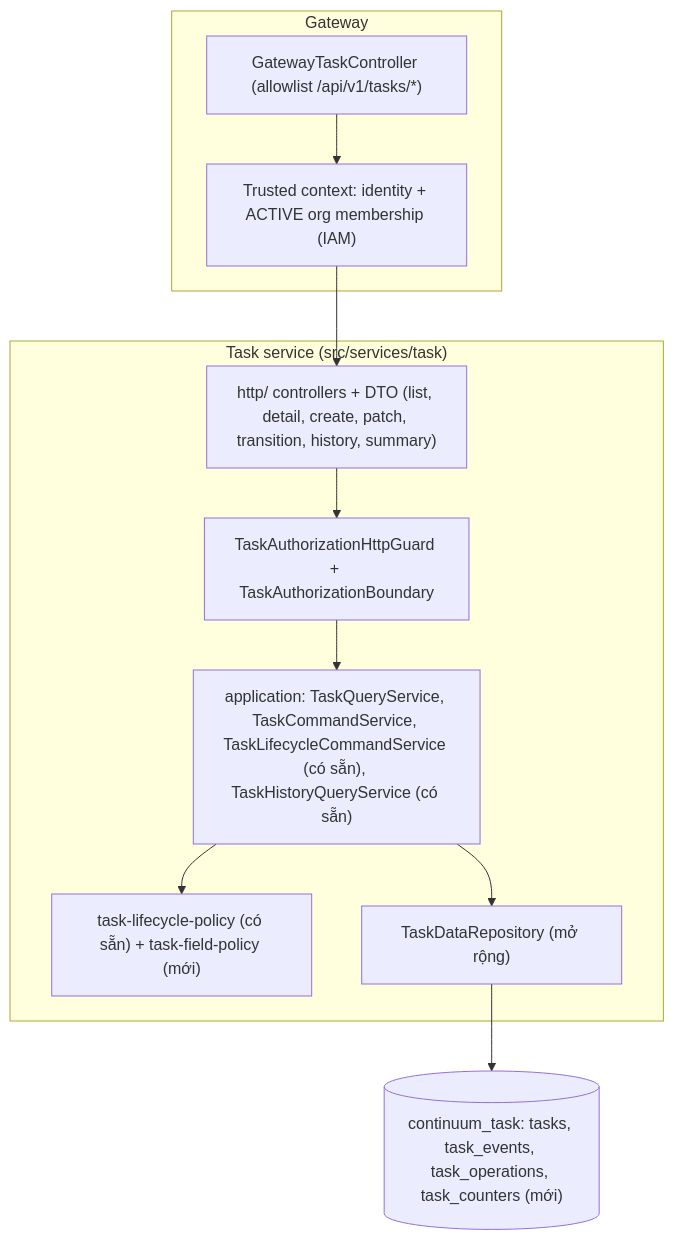
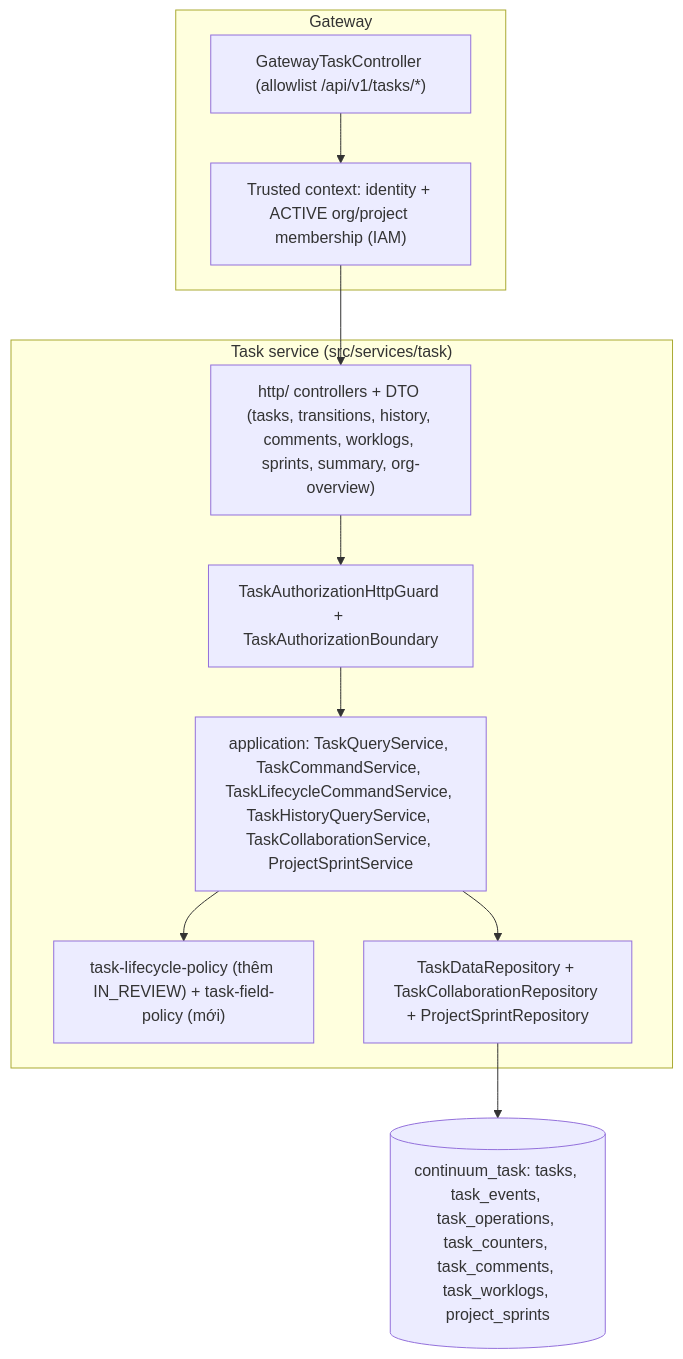
One commit to DATN-SPRING2027/DATN-BE changed the second of 2 diagrams in docs/workspace/05-backend-architecture.md. Above: the diagram before and after it, drawn with Mermaid. The commit also changed other lines of this file and 6 other files, not shown here.

Commit message:
docs(workspace): incorporate confirmed product & architecture decisions (G1, G4, G6, G7, G8, G10)

````diff
--- a/docs/workspace/05-backend-architecture.md
+++ b/docs/workspace/05-backend-architecture.md
@@ -51,18 +51,18 @@
 ```mermaid
 flowchart TB
   subgraph Gateway
     GTC["GatewayTaskController (allowlist /api/v1/tasks/*)"]
-    CTX["Trusted context: identity + ACTIVE org membership (IAM)"]
+    CTX["Trusted context: identity + ACTIVE org/project membership (IAM)"]
   end
   subgraph TaskService["Task service (src/services/task)"]
-    HTTP["http/ controllers + DTO (list, detail, create, patch, transition, history, summary)"]
+    HTTP["http/ controllers + DTO (tasks, transitions, history, comments, worklogs, sprints, summary, org-overview)"]
     GUARD["TaskAuthorizationHttpGuard + TaskAuthorizationBoundary"]
-    APP["application: TaskQueryService, TaskCommandService, TaskLifecycleCommandService (có sẵn), TaskHistoryQueryService (có sẵn)"]
-    POLICY["task-lifecycle-policy (có sẵn) + task-field-policy (mới)"]
-    REPO["TaskDataRepository (mở rộng)"]
+    APP["application: TaskQueryService, TaskCommandService, TaskLifecycleCommandService, TaskHistoryQueryService, TaskCollaborationService, ProjectSprintService"]
+    POLICY["task-lifecycle-policy (thêm IN_REVIEW) + task-field-policy (mới)"]
+    REPO["TaskDataRepository + TaskCollaborationRepository + ProjectSprintRepository"]
   end
-  DB[("continuum_task: tasks, task_events, task_operations, task_counters (mới)")]
+  DB[("continuum_task: tasks, task_events, task_operations, task_counters, task_comments, task_worklogs, project_sprints")]
   GTC --> CTX --> HTTP --> GUARD --> APP
   APP --> POLICY
   APP --> REPO --> DB
 ```
````
